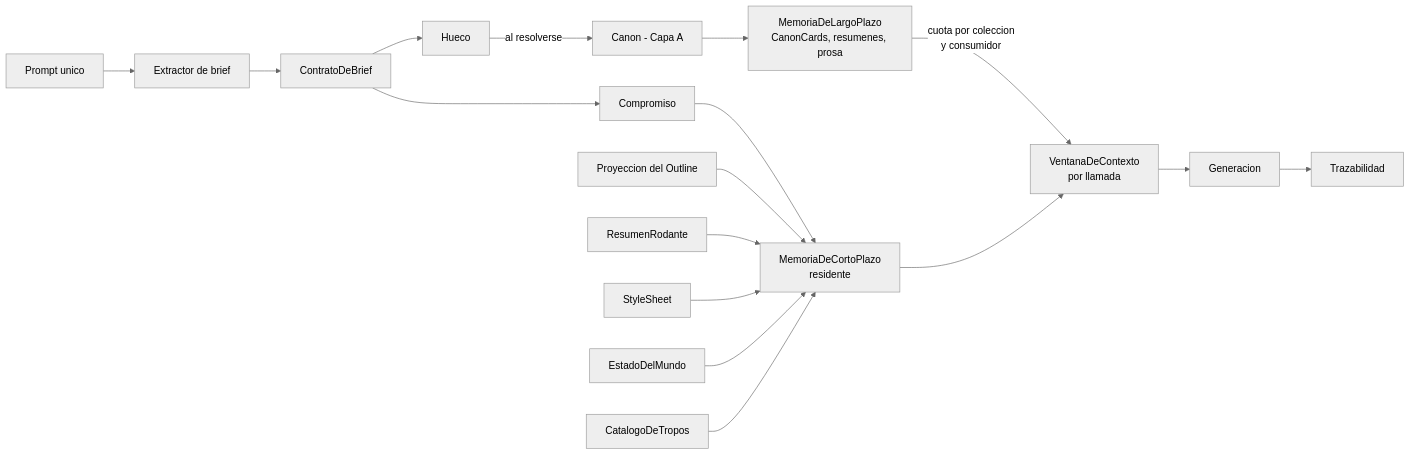
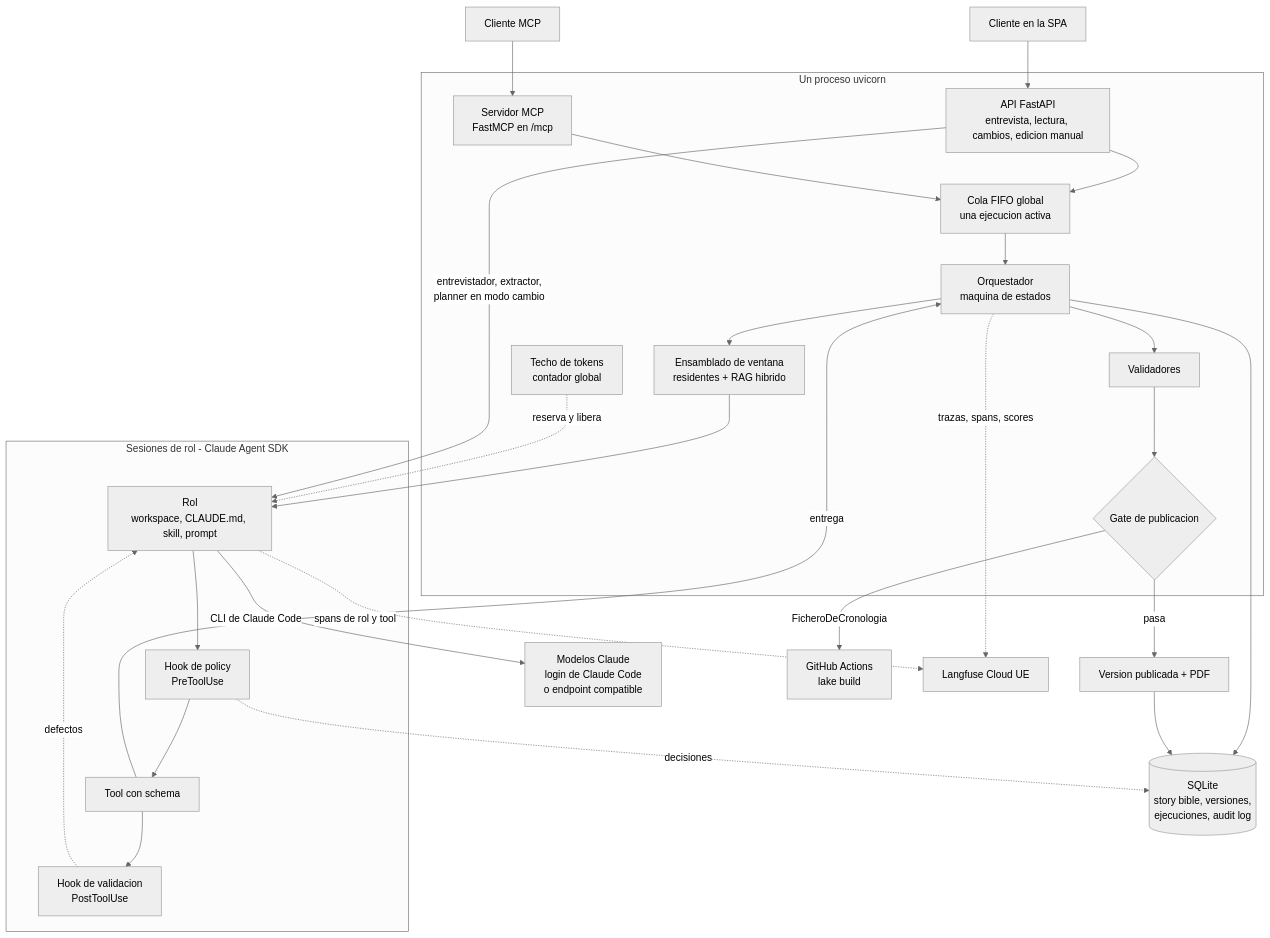
Before and after one commit to JNico-rb/story-maker: the first of 10 diagrams in docs/architecture.md, drawn with Mermaid (neutral theme). The commit also changed other lines of this file and 91 other files, not shown here.

````diff
--- a/docs/architecture.md
+++ b/docs/architecture.md
@@ -83,22 +49,41 @@
 ```mermaid
-graph LR
-    SEM[Prompt unico] --> EXT[Extractor de brief]
-    EXT --> CB[ContratoDeBrief]
-    CB --> COMP[Compromiso]
-    CB --> HUE[Hueco]
-
-    HUE -->|al resolverse| CANON[Canon - Capa A]
-    CANON --> MLP[MemoriaDeLargoPlazo<br/>CanonCards, resumenes, prosa]
-    MLP -->|cuota por coleccion<br/>y consumidor| VC
-
-    COMP --> MCP
-    POUT[Proyeccion del Outline] --> MCP
-    RR[ResumenRodante] --> MCP
-    SS[StyleSheet] --> MCP
-    EDM[EstadoDelMundo] --> MCP
-    CAT[CatalogoDeTropos] --> MCP
-    MCP[MemoriaDeCortoPlazo<br/>residente] --> VC
-
-    VC[VentanaDeContexto<br/>por llamada] --> GEN[Generacion]
-    GEN --> TRZ[Trazabilidad]
+graph TD
+    USR[Cliente en la SPA] --> API
+    MCPC[Cliente MCP] --> MCPS
+    subgraph SERVIDOR[Un proceso uvicorn]
+        API[API FastAPI<br/>entrevista, lectura, cambios, edicion manual]
+        MCPS[Servidor MCP<br/>FastMCP en /mcp]
+        COLA[Cola FIFO global<br/>una ejecucion activa]
+        ORQ[Orquestador<br/>maquina de estados]
+        VEN[Ensamblado de ventana<br/>residentes + RAG hibrido]
+        TEC[Techo de tokens<br/>contador global]
+        VAL[Validadores]
+        GATE{Gate de publicacion}
+        API --> COLA
+        MCPS --> COLA
+        COLA --> ORQ
+        ORQ --> VEN
+        ORQ --> VAL
+        VAL --> GATE
+    end
+    subgraph SDK[Sesiones de rol - Claude Agent SDK]
+        ROL[Rol<br/>workspace, CLAUDE.md, skill, prompt]
+        HPOL[Hook de policy<br/>PreToolUse]
+        TOOL[Tool con schema]
+        HVAL[Hook de validacion<br/>PostToolUse]
+        ROL --> HPOL --> TOOL --> HVAL
+        HVAL -.defectos.-> ROL
+    end
+    VEN --> ROL
+    TEC -.reserva y libera.-> ROL
+    API -->|entrevistador, extractor,<br/>planner en modo cambio| ROL
+    ROL -->|CLI de Claude Code| LLM[Modelos Claude<br/>login de Claude Code<br/>o endpoint compatible]
+    TOOL -->|entrega| ORQ
+    ORQ --> DB[(SQLite<br/>story bible, versiones,<br/>ejecuciones, audit log)]
+    HPOL -.decisiones.-> DB
+    GATE -->|FicheroDeCronologia| GHA[GitHub Actions<br/>lake build]
+    GATE -->|pasa| PUB[Version publicada + PDF]
+    PUB --> DB
+    ORQ -.trazas, spans, scores.-> LF[Langfuse Cloud UE]
+    ROL -.spans de rol y tool.-> LF
 ```
````
